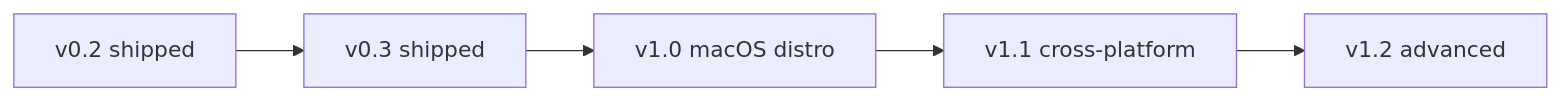
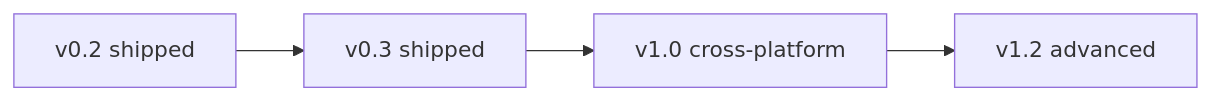
The diagram in docs/planning/FUTURE.md (dineshkn-dev/torrex-desktop), drawn with Mermaid before and after one commit. The commit also changed other lines of this file and 31 other files, not shown here.

First line of the commit message:
release: cut v1.0.0 cross-platform release

````diff
--- a/docs/planning/FUTURE.md
+++ b/docs/planning/FUTURE.md
@@ -116,9 +117,8 @@
 ```mermaid
 flowchart LR
   v02[v0.2 shipped]
   v03[v0.3 shipped]
-  v10[v1.0 macOS distro]
-  v11[v1.1 cross-platform]
+  v10[v1.0 cross-platform]
   v12[v1.2 advanced]
-  v02 --> v03 --> v10 --> v11 --> v12
+  v02 --> v03 --> v10 --> v12
 ```
````
